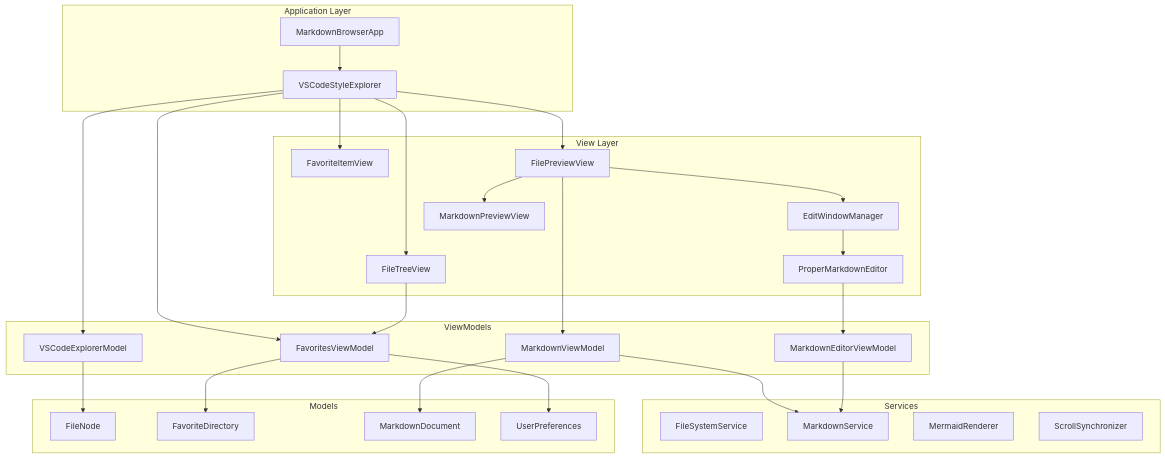
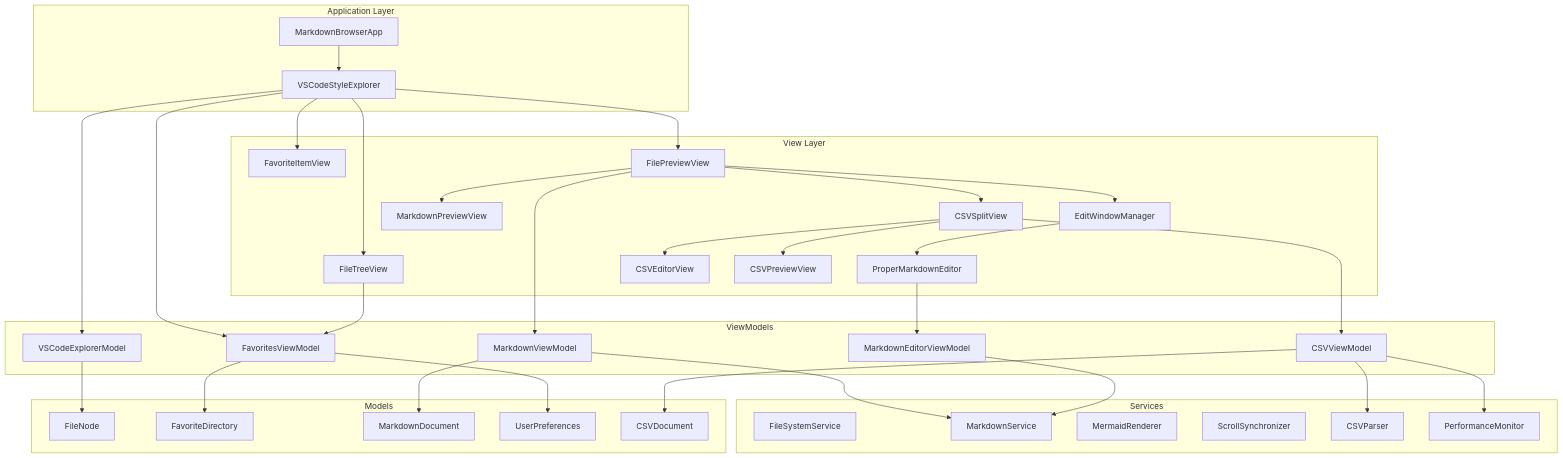
Before and after one commit to Consortium-team/mac-markdown-browser: the first of 11 diagrams in docs/development/current-architecture.md, drawn with Mermaid. The commit also changed other lines of this file and 9 other files, not shown here.

````diff
--- a/docs/development/current-architecture.md
+++ b/docs/development/current-architecture.md
@@ -9,58 +9,72 @@
 ```mermaid
 graph TB
     subgraph "Application Layer"
         App[MarkdownBrowserApp]
         VSCodeExplorer[VSCodeStyleExplorer]
     end
     
     subgraph "View Layer"
         FileTreeView[FileTreeView]
         FavoriteItemView[FavoriteItemView]
         FilePreviewView[FilePreviewView]
         ProperMarkdownEditor[ProperMarkdownEditor]
         EditWindowManager[EditWindowManager]
         MarkdownPreviewView[MarkdownPreviewView]
+        CSVSplitView[CSVSplitView]
+        CSVEditorView[CSVEditorView]
+        CSVPreviewView[CSVPreviewView]
     end
     
     subgraph "ViewModels"
         ExplorerModel[VSCodeExplorerModel]
         FavoritesVM[FavoritesViewModel]
         MarkdownVM[MarkdownViewModel]
         EditorVM[MarkdownEditorViewModel]
+        CSVVM[CSVViewModel]
     end
     
     subgraph "Services"
         FileSystemService[FileSystemService]
         MarkdownService[MarkdownService]
         MermaidRenderer[MermaidRenderer]
         ScrollSync[ScrollSynchronizer]
+        CSVParser[CSVParser]
+        PerformanceMonitor[PerformanceMonitor]
     end
     
     subgraph "Models"
         FileNode[FileNode]
         FavoriteDirectory[FavoriteDirectory]
         MarkdownDocument[MarkdownDocument]
         UserPreferences[UserPreferences]
+        CSVDocument[CSVDocument]
     end
     
     App --> VSCodeExplorer
     VSCodeExplorer --> FileTreeView
     VSCodeExplorer --> FavoriteItemView
     VSCodeExplorer --> FilePreviewView
     FilePreviewView --> MarkdownPreviewView
+    FilePreviewView --> CSVSplitView
+    CSVSplitView --> CSVEditorView
+    CSVSplitView --> CSVPreviewView
     FilePreviewView --> EditWindowManager
     EditWindowManager --> ProperMarkdownEditor
     
     VSCodeExplorer --> ExplorerModel
     VSCodeExplorer --> FavoritesVM
     FileTreeView --> FavoritesVM
     FilePreviewView --> MarkdownVM
     ProperMarkdownEditor --> EditorVM
+    CSVSplitView --> CSVVM
     
     ExplorerModel --> FileNode
     FavoritesVM --> UserPreferences
     FavoritesVM --> FavoriteDirectory
     MarkdownVM --> MarkdownService
     MarkdownVM --> MarkdownDocument
     EditorVM --> MarkdownService
+    CSVVM --> CSVParser
+    CSVVM --> CSVDocument
+    CSVVM --> PerformanceMonitor
 ```
````
